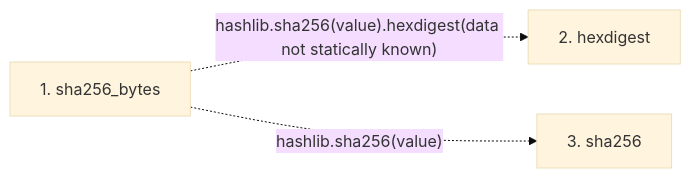
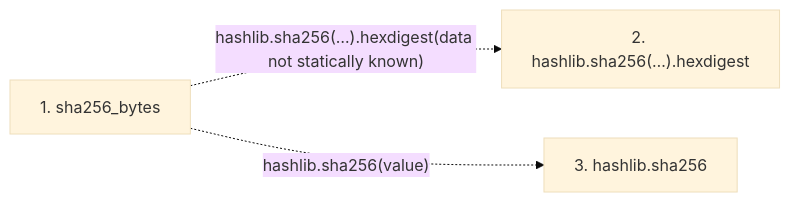
Before and after one commit to Denissvgn/python-wiki-llm: the second of 2 diagrams in docs/llm_wiki/flows/api-sha256_bytes.md, drawn with Mermaid (base theme). The commit also changed other lines of this file and 719 other files, not shown here.

````diff
--- a/docs/llm_wiki/flows/api-sha256_bytes.md
+++ b/docs/llm_wiki/flows/api-sha256_bytes.md
@@ -22,9 +22,9 @@
 ```mermaid
 flowchart LR
     s1["1. sha256_bytes"]
-    s2["2. hexdigest"]
-    s3["3. sha256"]
-    s1 -. "hashlib.sha256(value).hexdigest(data not statically known)" .-> s2
+    s2["2. hashlib.sha256(…).hexdigest"]
+    s3["3. hashlib.sha256"]
+    s1 -. "hashlib.sha256(…).hexdigest(data not statically known)" .-> s2
     s1 -. "hashlib.sha256(value)" .-> s3
     click s1 "../modules/knowledge_evidence.md"
 ```
````
